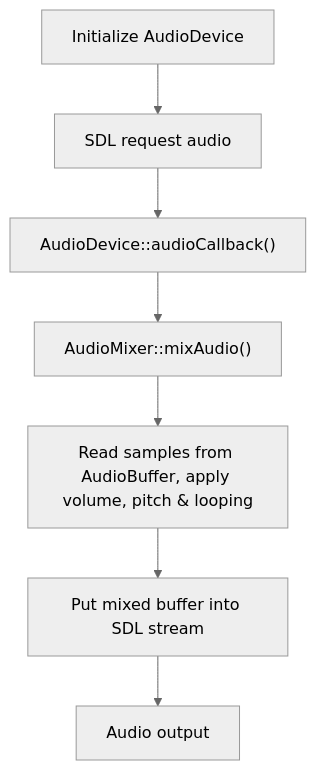
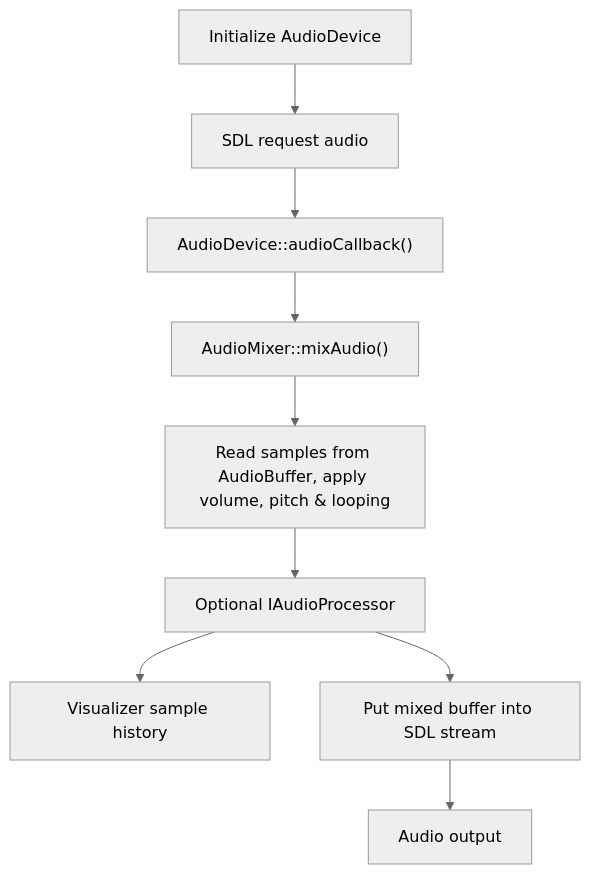
One commit to Bulwers/AudioEngine changed the second of 2 diagrams in README.md. Above: the diagram before and after it, drawn with Mermaid (neutral theme). The commit also changed other lines of this file and 21 other files, not shown here.

````diff
--- a/README.md
+++ b/README.md
@@ -93,10 +98,12 @@
 ```mermaid
 flowchart TB
     A["Initialize AudioDevice"] --> B["SDL request audio"]
     B --> C["AudioDevice::audioCallback()"]
     C --> D["AudioMixer::mixAudio()"]
     D --> E["Read samples from AudioBuffer, apply volume, pitch & looping"]
-    E --> F["Put mixed buffer into SDL stream"]
+    E --> DSP["Optional IAudioProcessor"]
+    DSP --> VIS["Visualizer sample history"]
+    DSP --> F["Put mixed buffer into SDL stream"]
     F --> G["Audio output"]
     
 ```
````
